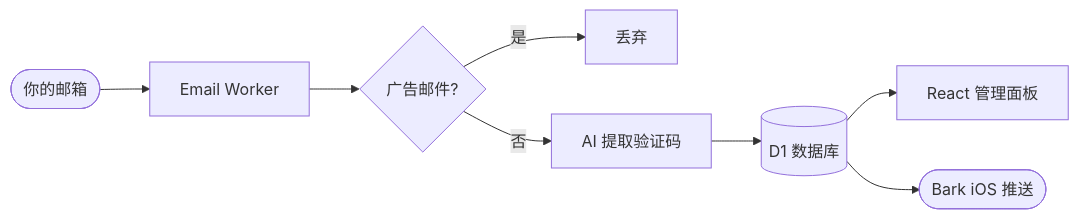
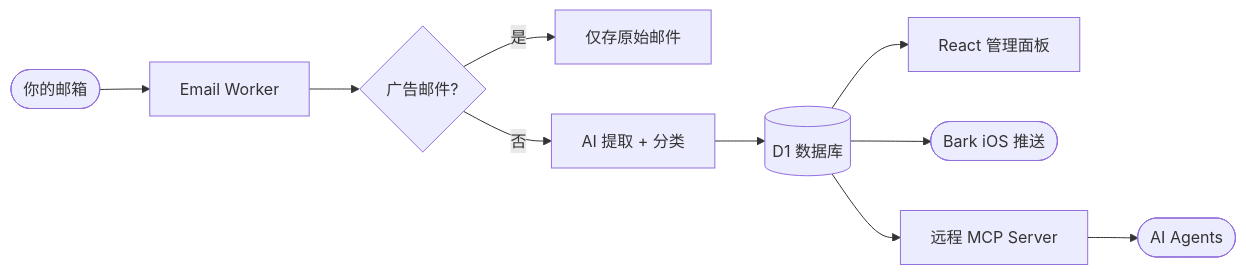
The diagram in README_CN.md (TooonyChen/AuthInbox), drawn with Mermaid before and after one commit. The commit also changed other lines of this file and 6 other files, not shown here.

Commit message:
docs: update all docs for v2 (Hono, multi-user grants, MCP server)

````diff
--- a/README_CN.md
+++ b/README_CN.md
@@ -11,10 +11,12 @@
 ```mermaid
 flowchart LR
     A([你的邮箱]) --> B[Email Worker]
     B --> C{广告邮件?}
-    C -->|是| D[丢弃]
-    C -->|否| E[AI 提取验证码]
+    C -->|是| D[仅存原始邮件]
+    C -->|否| E[AI 提取 + 分类]
     E --> F[(D1 数据库)]
     F --> G[React 管理面板]
     F --> H([Bark iOS 推送])
+    F --> I[远程 MCP Server]
+    I --> J([AI Agents])
 ```
````
